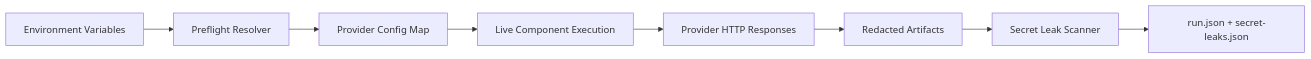
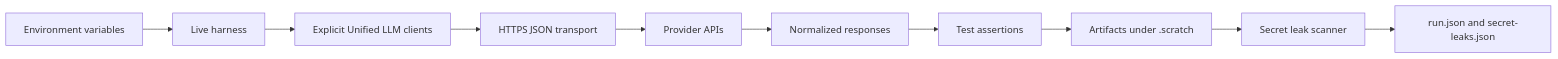
The fourth of 5 diagrams in docs/sprints/SPRINT-004-comprehensive-implementation-plan.md (jaytaylor/attractor-tcl), drawn with Mermaid before and after one commit. The commit also changed other lines of this file, not shown here.

Commit message:
docs: reset sprint 004 comprehensive plan to executable checklist

````diff
--- a/docs/sprints/SPRINT-004-comprehensive-implementation-plan.md
+++ b/docs/sprints/SPRINT-004-comprehensive-implementation-plan.md
@@ -537,11 +574,12 @@
 ```mermaid
-%% Source: .scratch/diagrams/sprint-004/implementation-plan/dataflow.mmd
 flowchart LR
-  ENV[Environment Variables] --> PRE[Preflight Resolver]
-  PRE --> CFG[Provider Config Map]
-  CFG --> EXEC[Live Component Execution]
-  EXEC --> RESP[Provider HTTP Responses]
-  RESP --> ART[Redacted Artifacts]
-  ART --> SCAN[Secret Leak Scanner]
-  SCAN --> SUM[run.json + secret-leaks.json]
+  ENV[Environment variables] --> HARNESS[Live harness]
+  HARNESS --> CLIENTS[Explicit Unified LLM clients]
+  CLIENTS --> HTTPS[HTTPS JSON transport]
+  HTTPS --> PROVIDERS[Provider APIs]
+  PROVIDERS --> RESPONSES[Normalized responses]
+  RESPONSES --> ASSERTIONS[Test assertions]
+  ASSERTIONS --> ARTIFACTS[Artifacts under .scratch]
+  ARTIFACTS --> SCAN[Secret leak scanner]
+  SCAN --> SUMMARY[run.json and secret-leaks.json]
 ```
````
